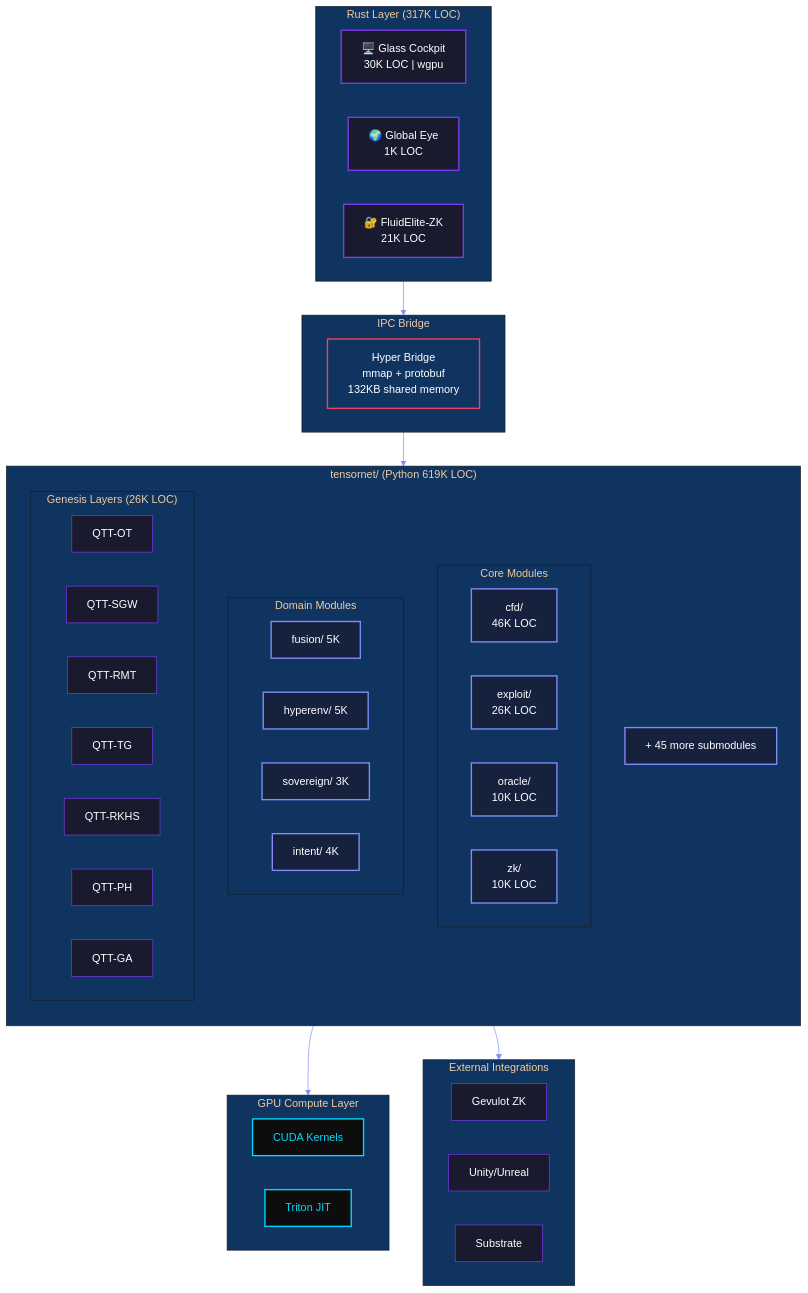
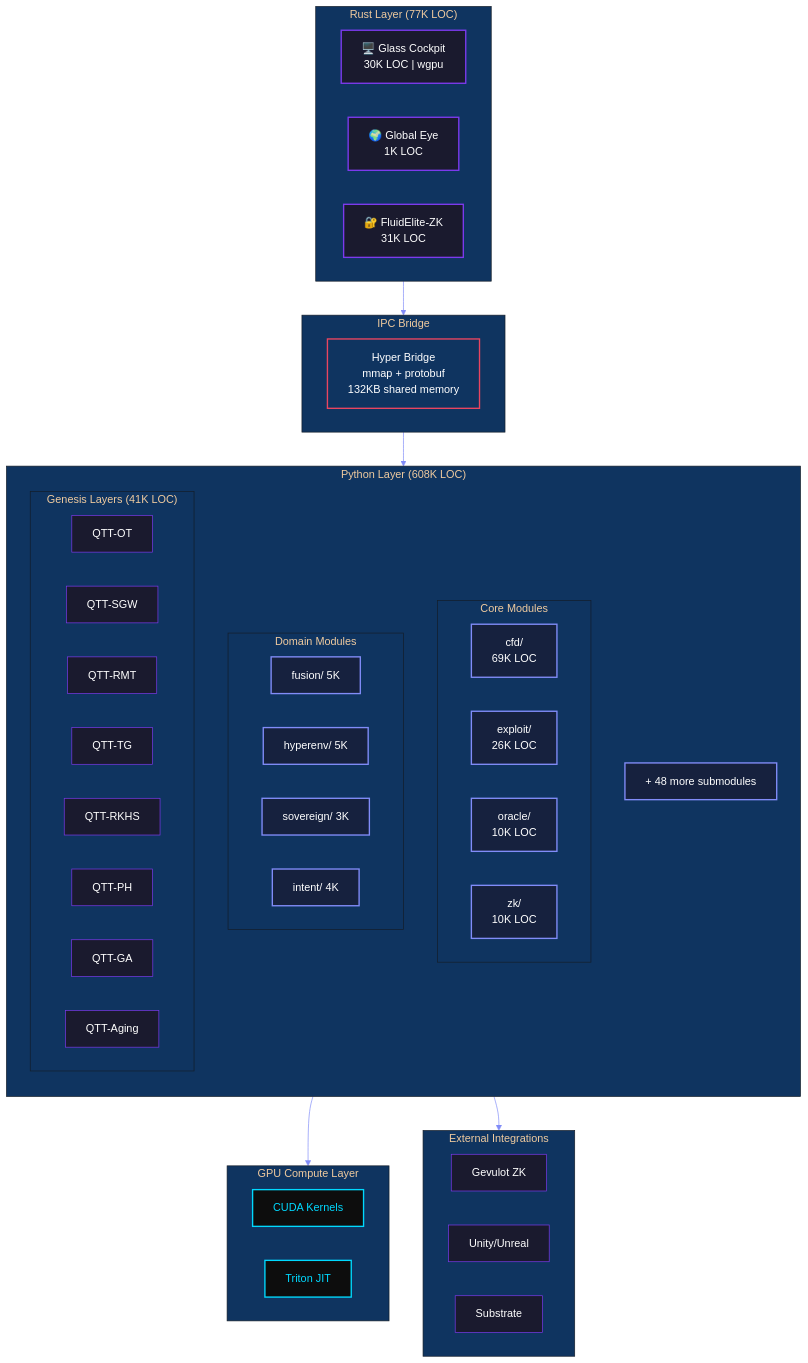
The diagram in PLATFORM_SPECIFICATION.md (tigantic/physics-os), drawn with Mermaid before and after one commit. The commit also changed other lines of this file and 263 other files, not shown here.

````diff
--- a/PLATFORM_SPECIFICATION.md
+++ b/PLATFORM_SPECIFICATION.md
@@ -504,67 +652,68 @@
 ```mermaid
 %%{init: {'theme': 'base', 'themeVariables': { 'primaryColor': '#1a1a2e', 'primaryTextColor': '#fff', 'primaryBorderColor': '#7c3aed', 'lineColor': '#818cf8', 'secondaryColor': '#16213e', 'tertiaryColor': '#0f3460'}}}%%
 flowchart TB
-    subgraph rust["Rust Layer (317K LOC)"]
+    subgraph rust["Rust Layer (77K LOC)"]
         direction LR
         gc["🖥️ Glass Cockpit<br/>30K LOC | wgpu"]
         ge["🌍 Global Eye<br/>1K LOC"]
-        fez["🔐 FluidElite-ZK<br/>21K LOC"]
+        fez["🔐 FluidElite-ZK<br/>31K LOC"]
     end
 
     subgraph ipc["IPC Bridge"]
         hb["Hyper Bridge<br/>mmap + protobuf<br/>132KB shared memory"]
     end
 
-    subgraph python["tensornet/ (Python 619K LOC)"]
+    subgraph python["Python Layer (608K LOC)"]
         direction TB
         subgraph core_modules["Core Modules"]
-            cfd["cfd/<br/>46K LOC"]
+            cfd["cfd/<br/>69K LOC"]
             exploit["exploit/<br/>26K LOC"]
             oracle["oracle/<br/>10K LOC"]
             zk["zk/<br/>10K LOC"]
         end
         subgraph domain_modules["Domain Modules"]
             fusion["fusion/ 5K"]
             hyperenv["hyperenv/ 5K"]
             sovereign["sovereign/ 3K"]
             intent["intent/ 4K"]
         end
-        subgraph genesis["Genesis Layers (26K LOC)"]
+        subgraph genesis["Genesis Layers (41K LOC)"]
             ot["QTT-OT"]
             sgw["QTT-SGW"]
             rmt["QTT-RMT"]
             tg["QTT-TG"]
             rkhs["QTT-RKHS"]
             ph["QTT-PH"]
             ga["QTT-GA"]
+            aging["QTT-Aging"]
         end
-        more["+ 45 more submodules"]
+        more["+ 48 more submodules"]
     end
 
     subgraph gpu["GPU Compute Layer"]
         cuda["CUDA Kernels"]
         triton["Triton JIT"]
     end
 
     subgraph external["External Integrations"]
         direction LR
         gevulot["Gevulot ZK"]
         unity["Unity/Unreal"]
         blockchain["Substrate"]
     end
 
     rust --> ipc
     ipc --> python
     python --> gpu
     python --> external
 
     classDef rustStyle fill:#1a1a2e,stroke:#7c3aed,stroke-width:2px,color:#fff
     classDef pythonStyle fill:#16213e,stroke:#818cf8,stroke-width:2px,color:#fff
     classDef ipcStyle fill:#0f3460,stroke:#e94560,stroke-width:2px,color:#fff
     classDef gpuStyle fill:#0d0d0d,stroke:#00d9ff,stroke-width:2px,color:#00d9ff
     
     class gc,ge,fez rustStyle
     class cfd,exploit,oracle,zk,fusion,hyperenv,sovereign,intent,more pythonStyle
     class hb ipcStyle
     class cuda,triton gpuStyle
 ```
````
